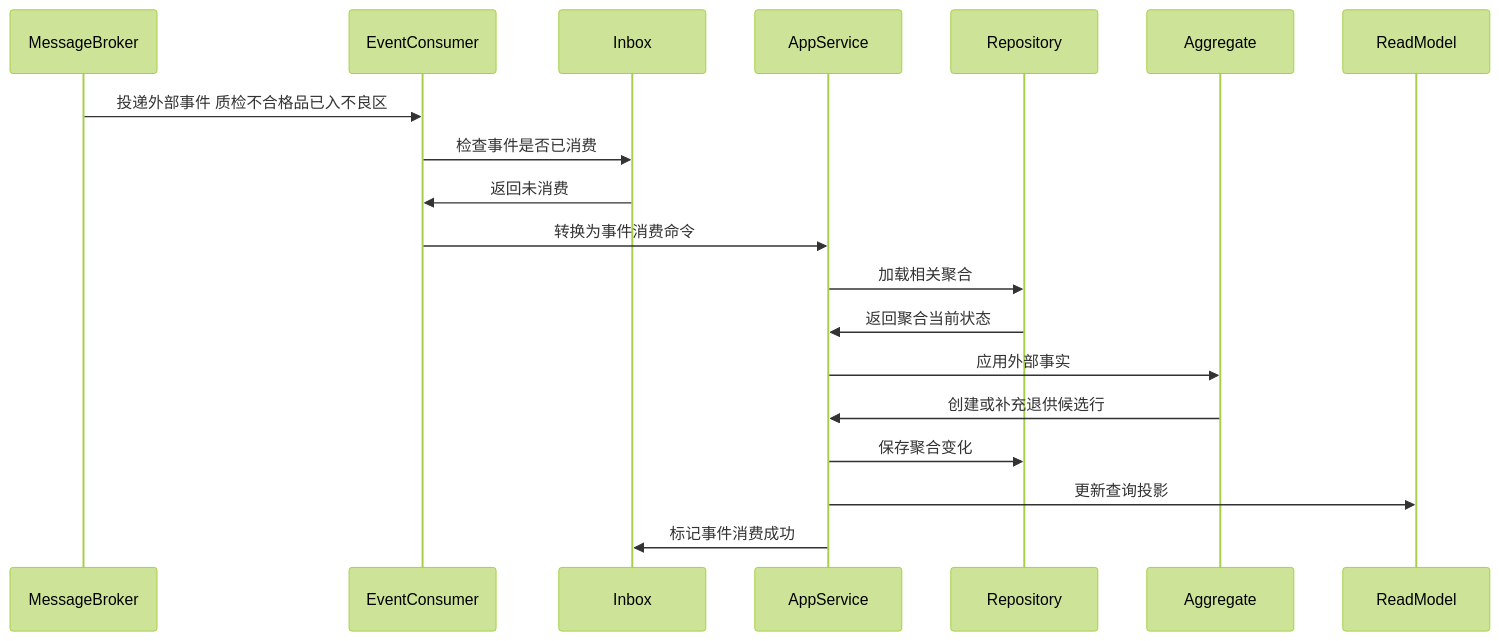
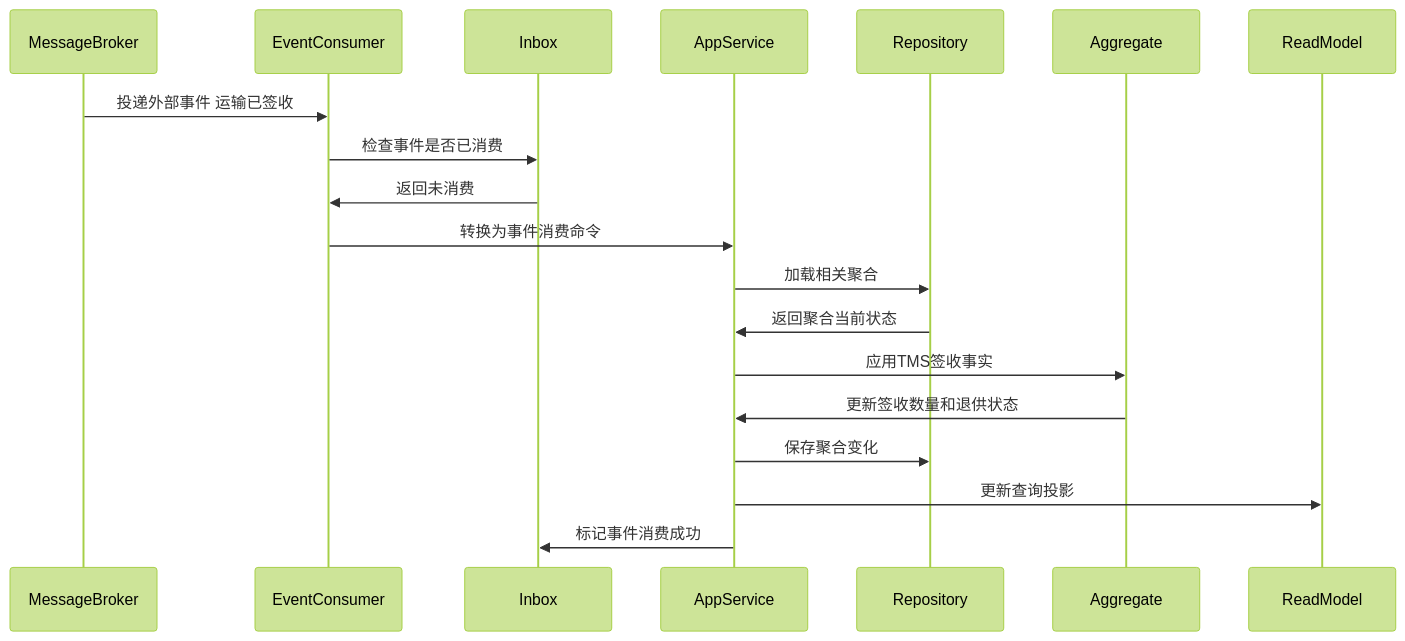
One commit to chao1927/scm changed the fifth of 6 diagrams in docs/03-核心业务模型/01-供应商领域模型/11-退供应商单聚合CQRS设计.md. Above: the diagram before and after it, drawn with Mermaid (forest theme). The commit also changed other lines of this file and 118 other files, not shown here.

````diff
--- a/docs/03-核心业务模型/01-供应商领域模型/11-退供应商单聚合CQRS设计.md
+++ b/docs/03-核心业务模型/01-供应商领域模型/11-退供应商单聚合CQRS设计.md
@@ -305,22 +321,22 @@
 ```mermaid
 sequenceDiagram
     participant MessageBroker
     participant EventConsumer
     participant Inbox
     participant AppService
     participant Repository
     participant Aggregate
     participant ReadModel
 
-    MessageBroker->>EventConsumer: 投递外部事件 质检不合格品已入不良区
+    MessageBroker->>EventConsumer: 投递外部事件 运输已签收
     EventConsumer->>Inbox: 检查事件是否已消费
     Inbox->>EventConsumer: 返回未消费
     EventConsumer->>AppService: 转换为事件消费命令
     AppService->>Repository: 加载相关聚合
     Repository->>AppService: 返回聚合当前状态
-    AppService->>Aggregate: 应用外部事实
-    Aggregate->>AppService: 创建或补充退供候选行
+    AppService->>Aggregate: 应用TMS签收事实
+    Aggregate->>AppService: 更新签收数量和退供状态
     AppService->>Repository: 保存聚合变化
     AppService->>ReadModel: 更新查询投影
     AppService->>Inbox: 标记事件消费成功
 ```
````
